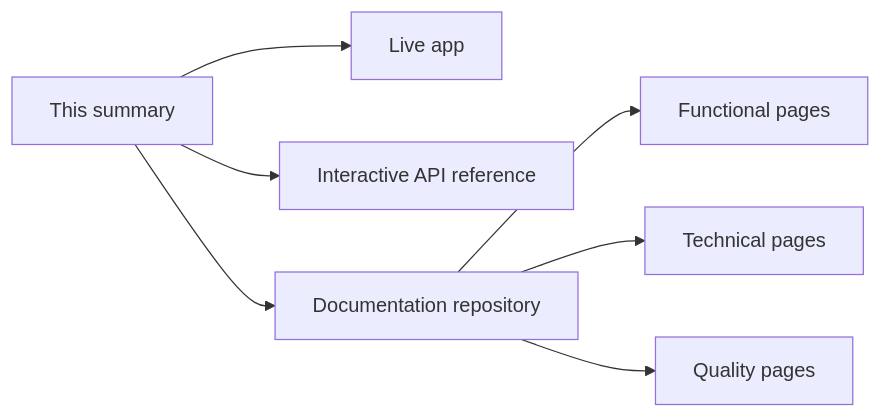
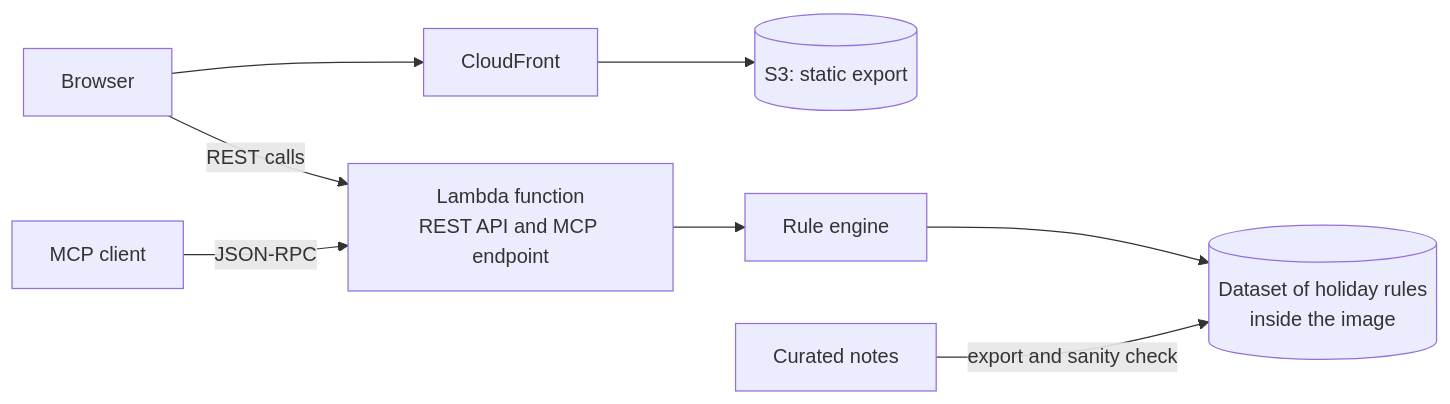
The diagram in 02-projects/holiday-atlas.md (rafikadiche-portfolio-org/documentation), drawn with Mermaid before and after one commit. The commit also changed other lines of this file and 4 other files, not shown here.

````diff
--- a/02-projects/holiday-atlas.md
+++ b/02-projects/holiday-atlas.md
@@ -23,9 +36,10 @@
 ```mermaid
 flowchart LR
-    P["This summary"] --> APP["Live app"]
-    P --> API["Interactive API reference"]
-    P --> DOC["Documentation repository"]
-    DOC --> F["Functional pages"]
-    DOC --> T["Technical pages"]
-    DOC --> Q["Quality pages"]
+    U["Browser"] --> CDN["CloudFront"]
+    CDN --> WEB[("S3: static export")]
+    U -- "REST calls" --> FN["Lambda function<br/>REST API and MCP endpoint"]
+    M["MCP client"] -- "JSON-RPC" --> FN
+    FN --> ENG["Rule engine"]
+    ENG --> DS[("Dataset of holiday rules<br/>inside the image")]
+    NOTES["Curated notes"] -- "export and sanity check" --> DS
 ```
````
